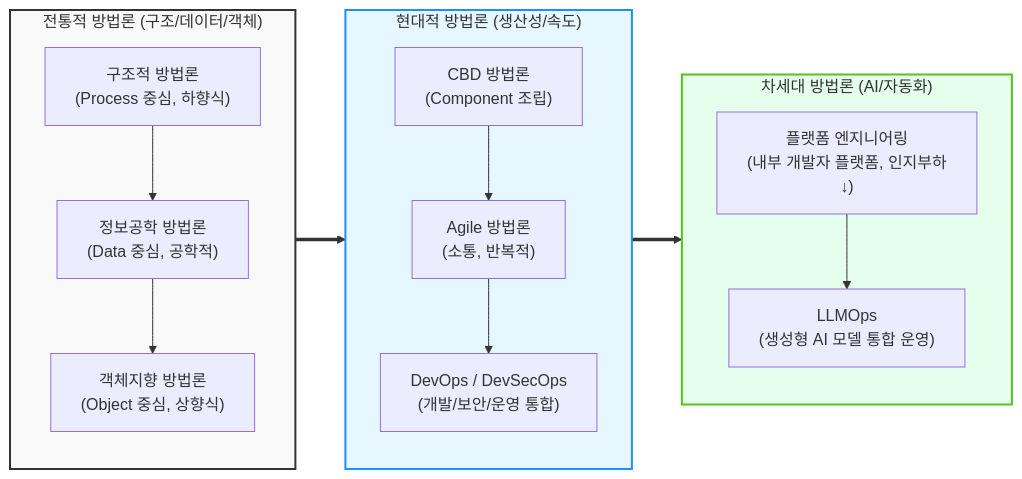
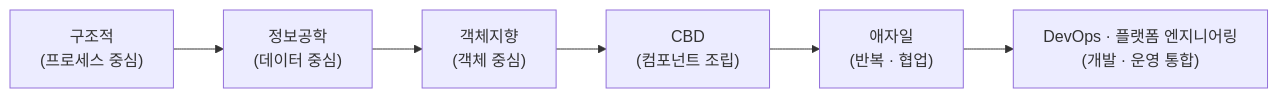
The diagram in content/01_IT Tech/소프트웨어 개발 방법론.md (supremethumb/supremethumb.github.io), drawn with Mermaid before and after one commit. The commit also changed other lines of this file and 1087 other files, not shown here.

````diff
--- a/content/01_IT Tech/소프트웨어 개발 방법론.md
+++ b/content/01_IT Tech/소프트웨어 개발 방법론.md
@@ -26,33 +34,8 @@
 ```mermaid
 flowchart LR
-    subgraph Traditional ["전통적 방법론 (구조/데이터/객체)"]
-        direction TB
-        ST["구조적 방법론<br/>(Process 중심, 하향식)"]
-        IE["정보공학 방법론<br/>(Data 중심, 공학적)"]
-        OO["객체지향 방법론<br/>(Object 중심, 상향식)"]
-        ST --> IE --> OO
-    end
-    
-    subgraph Modern ["현대적 방법론 (생산성/속도)"]
-        direction TB
-        CBD["CBD 방법론<br/>(Component 조립)"]
-        AG["Agile 방법론<br/>(소통, 반복적)"]
-        DO["DevOps / DevSecOps<br/>(개발/보안/운영 통합)"]
-        CBD --> AG --> DO
-    end
-    
-    subgraph NextGen ["차세대 방법론 (AI/자동화)"]
-        direction TB
-        PE["플랫폼 엔지니어링<br/>(내부 개발자 플랫폼, 인지부하↓)"]
-        LLM["LLMOps<br/>(생성형 AI 모델 통합 운영)"]
-        PE --> LLM
-    end
-    
-    Traditional ==> Modern
-    Modern ==> NextGen
-
-    style Traditional fill:#f9f9f9,stroke:#333,stroke-width:2px
-    style Modern fill:#e6f7ff,stroke:#1890ff,stroke-width:2px
-    style NextGen fill:#e6ffed,stroke:#52c41a,stroke-width:2px
-
+    ST["구조적<br/>(프로세스 중심)"] --> IE["정보공학<br/>(데이터 중심)"]
+    IE --> OO["객체지향<br/>(객체 중심)"]
+    OO --> CBD["CBD<br/>(컴포넌트 조립)"]
+    CBD --> AG["애자일<br/>(반복 · 협업)"]
+    AG --> DO["DevOps · 플랫폼 엔지니어링<br/>(개발 · 운영 통합)"]
 ```
````
